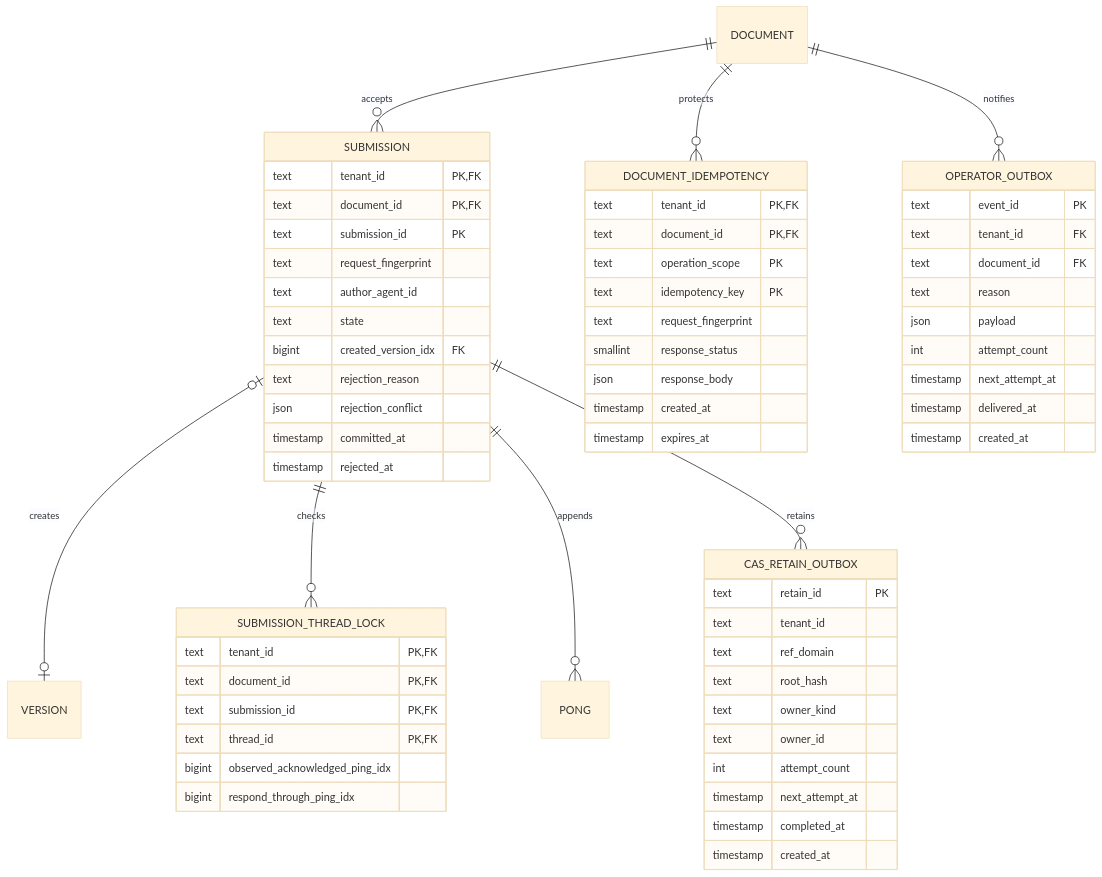
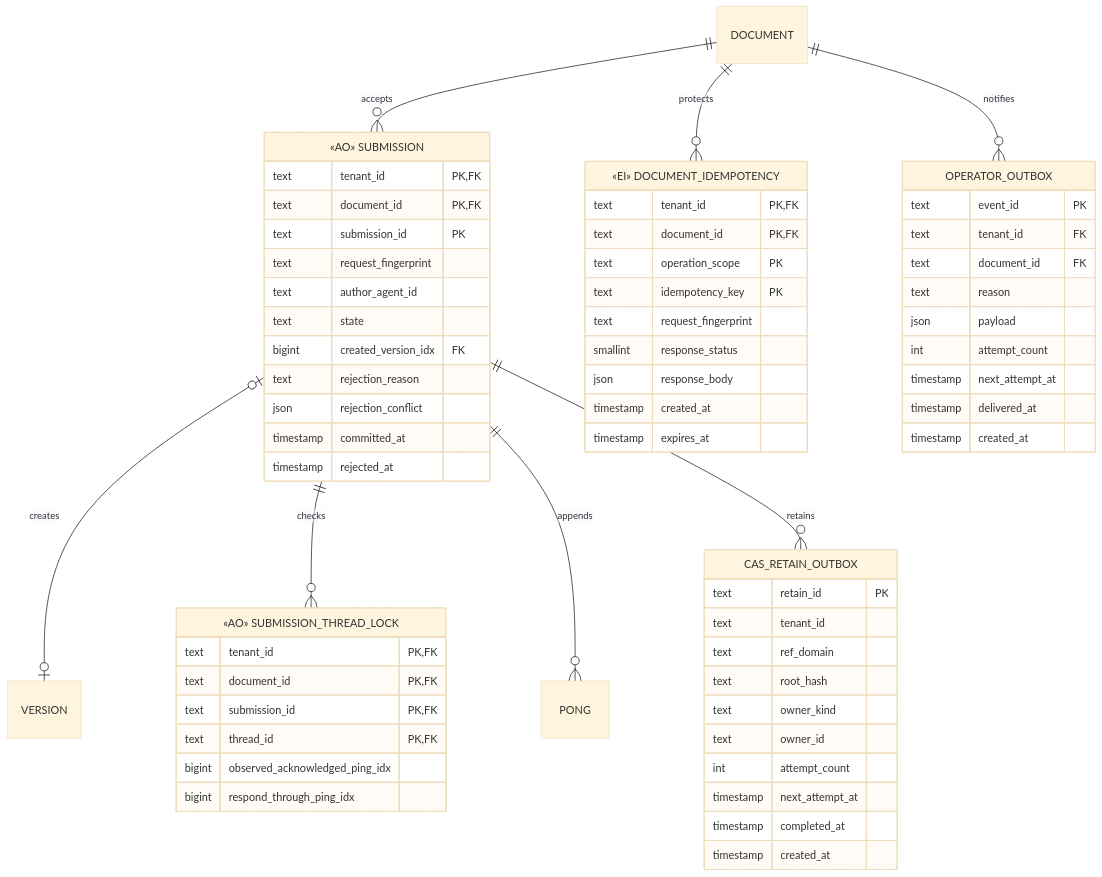
The fifth of 5 diagrams in docs/design/platform-v0/platform-er-model-v0.md (shazhou-ww/unidocs), drawn with Mermaid (base theme) before and after one commit. The commit also changed other lines of this file and 11 other files, not shown here.

````diff
--- a/docs/design/platform-v0/platform-er-model-v0.md
+++ b/docs/design/platform-v0/platform-er-model-v0.md
@@ -381,66 +381,66 @@
 ```mermaid
 erDiagram
     DOCUMENT ||--o{ SUBMISSION : accepts
     SUBMISSION o|--o| VERSION : creates
     SUBMISSION ||--o{ SUBMISSION_THREAD_LOCK : checks
     SUBMISSION ||--o{ PONG : appends
     DOCUMENT ||--o{ DOCUMENT_IDEMPOTENCY : protects
     DOCUMENT ||--o{ OPERATOR_OUTBOX : notifies
     SUBMISSION ||--o{ CAS_RETAIN_OUTBOX : retains
 
-    SUBMISSION {
+    SUBMISSION["«AO» SUBMISSION"] {
         text tenant_id PK,FK
         text document_id PK,FK
         text submission_id PK
         text request_fingerprint
         text author_agent_id
         text state
         bigint created_version_idx FK
         text rejection_reason
         json rejection_conflict
         timestamp committed_at
         timestamp rejected_at
     }
-    SUBMISSION_THREAD_LOCK {
+    SUBMISSION_THREAD_LOCK["«AO» SUBMISSION_THREAD_LOCK"] {
         text tenant_id PK,FK
         text document_id PK,FK
         text submission_id PK,FK
         text thread_id PK,FK
         bigint observed_acknowledged_ping_idx
         bigint respond_through_ping_idx
     }
-    DOCUMENT_IDEMPOTENCY {
+    DOCUMENT_IDEMPOTENCY["«EI» DOCUMENT_IDEMPOTENCY"] {
         text tenant_id PK,FK
         text document_id PK,FK
         text operation_scope PK
         text idempotency_key PK
         text request_fingerprint
         smallint response_status
         json response_body
         timestamp created_at
         timestamp expires_at
     }
     OPERATOR_OUTBOX {
         text event_id PK
         text tenant_id FK
         text document_id FK
         text reason
         json payload
         int attempt_count
         timestamp next_attempt_at
         timestamp delivered_at
         timestamp created_at
     }
     CAS_RETAIN_OUTBOX {
         text retain_id PK
         text tenant_id
         text ref_domain
         text root_hash
         text owner_kind
         text owner_id
         int attempt_count
         timestamp next_attempt_at
         timestamp completed_at
         timestamp created_at
     }
 ```
````
